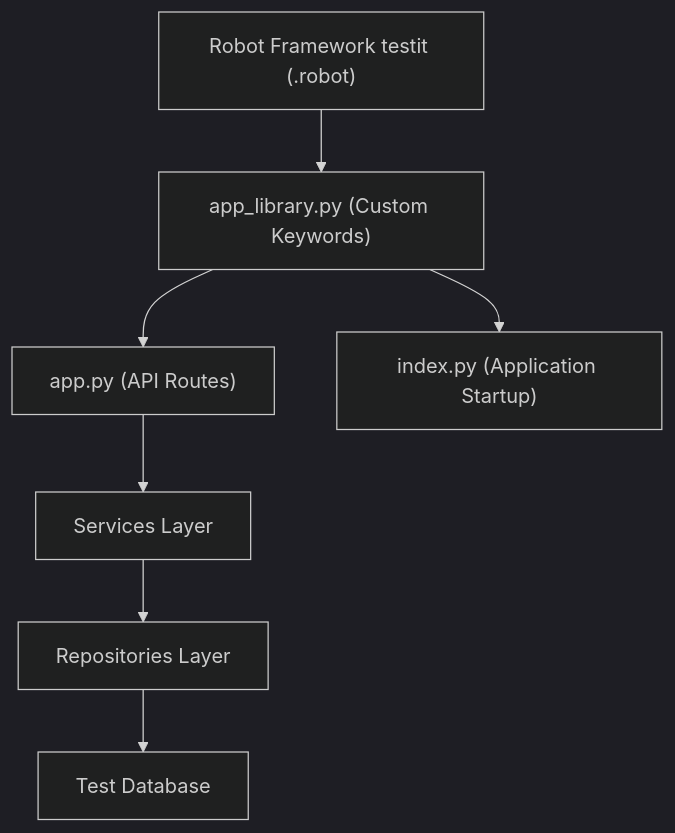
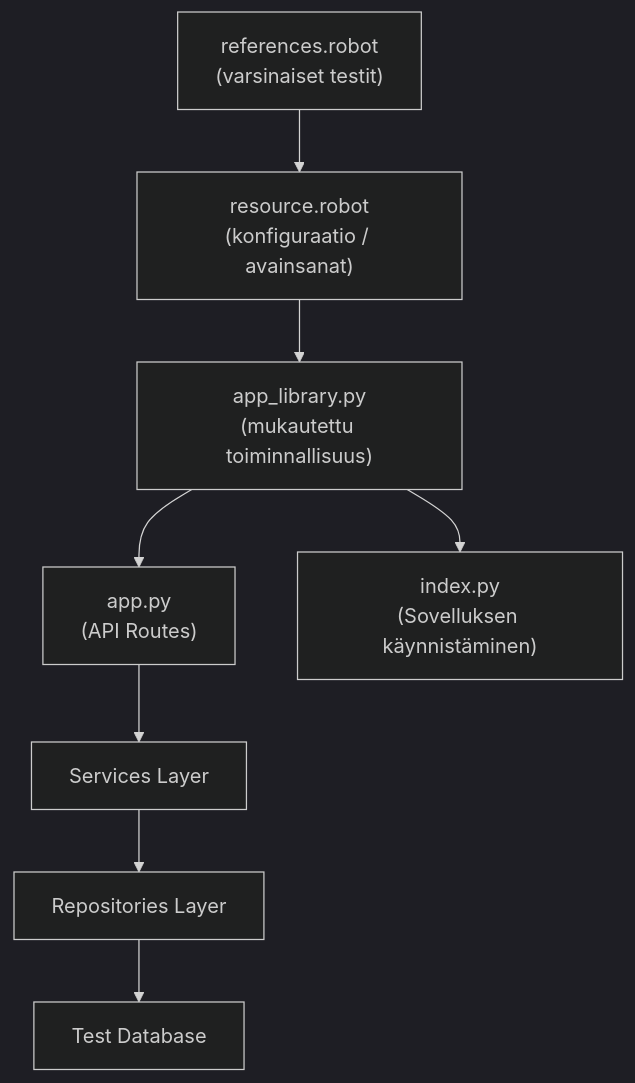
Before and after one commit to kortekoski/ohtuminiprojekti: the third of 3 diagrams in documentation/README_architecture.md, drawn with Mermaid (dark theme). The commit also changed other lines of this file, not shown here.

Commit message:
Add robot framework architecture

`````diff
--- a/documentation/README_architecture.md
+++ b/documentation/README_architecture.md
@@ -66,12 +68,22 @@
 ````mermaid
 flowchart TB
 
-    RF["Robot Framework testit (.robot)"] --> AL["app_library.py (Custom Keywords)"]
-    AL --> AppPy["app.py (API Routes)"]
-    AL --> IndexPy["index.py (Application Startup)"]
+    RF["references.robot<br/>(varsinaiset testit)"]
+    RES["resource.robot<br/>(konfiguraatio / avainsanat)"]
+    AL["app_library.py<br/>(mukautettu toiminnallisuus)"]
+    AppPy["app.py<br/>(API Routes)"]
+    IndexPy["index.py<br/>(Sovelluksen käynnistäminen)"]
+    Services["Services Layer"]
+    Repos["Repositories Layer"]
+    DB["Test Database"]
 
-    AppPy --> Services["Services Layer"]
-    Services --> Repos["Repositories Layer"]
-    Repos --> DB["Test Database"]
+    RF --> RES
+    RES --> AL
+    AL --> AppPy
+    AL --> IndexPy
+
+    AppPy --> Services
+    Services --> Repos
+    Repos --> DB
 
 ````
`````
